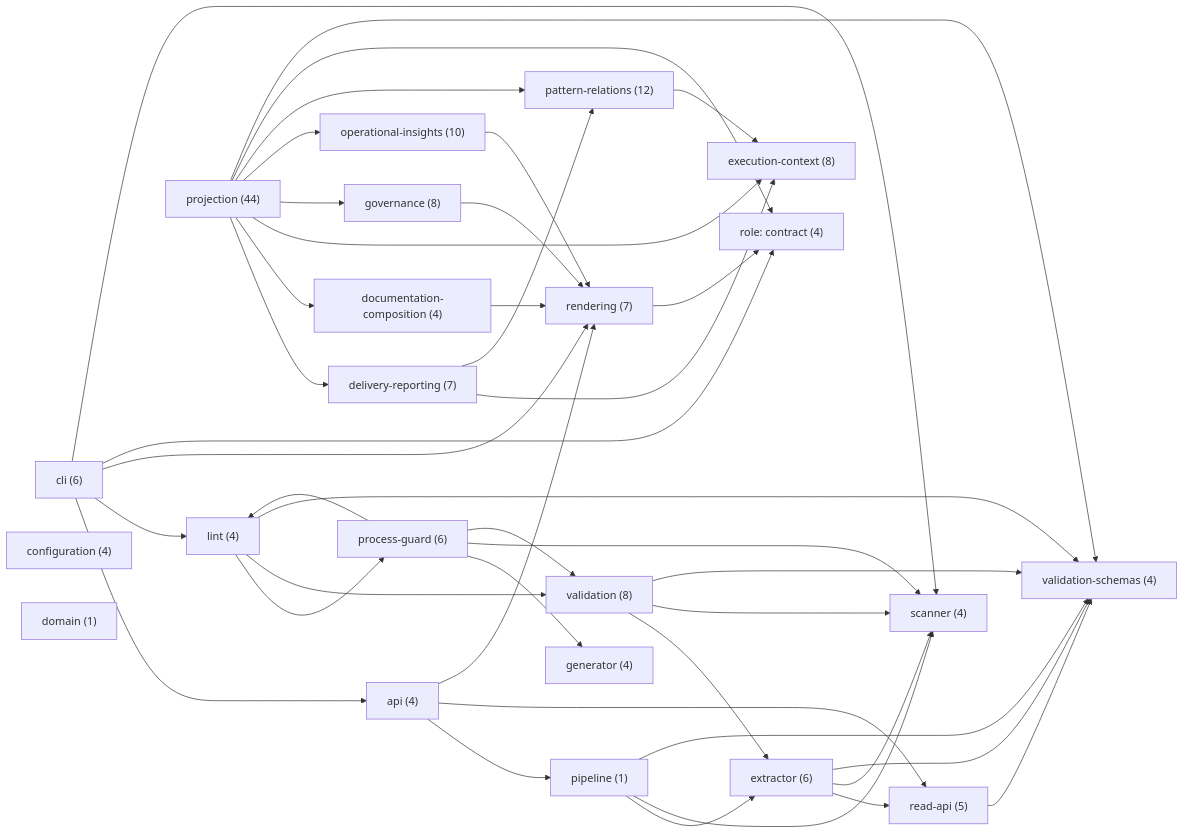
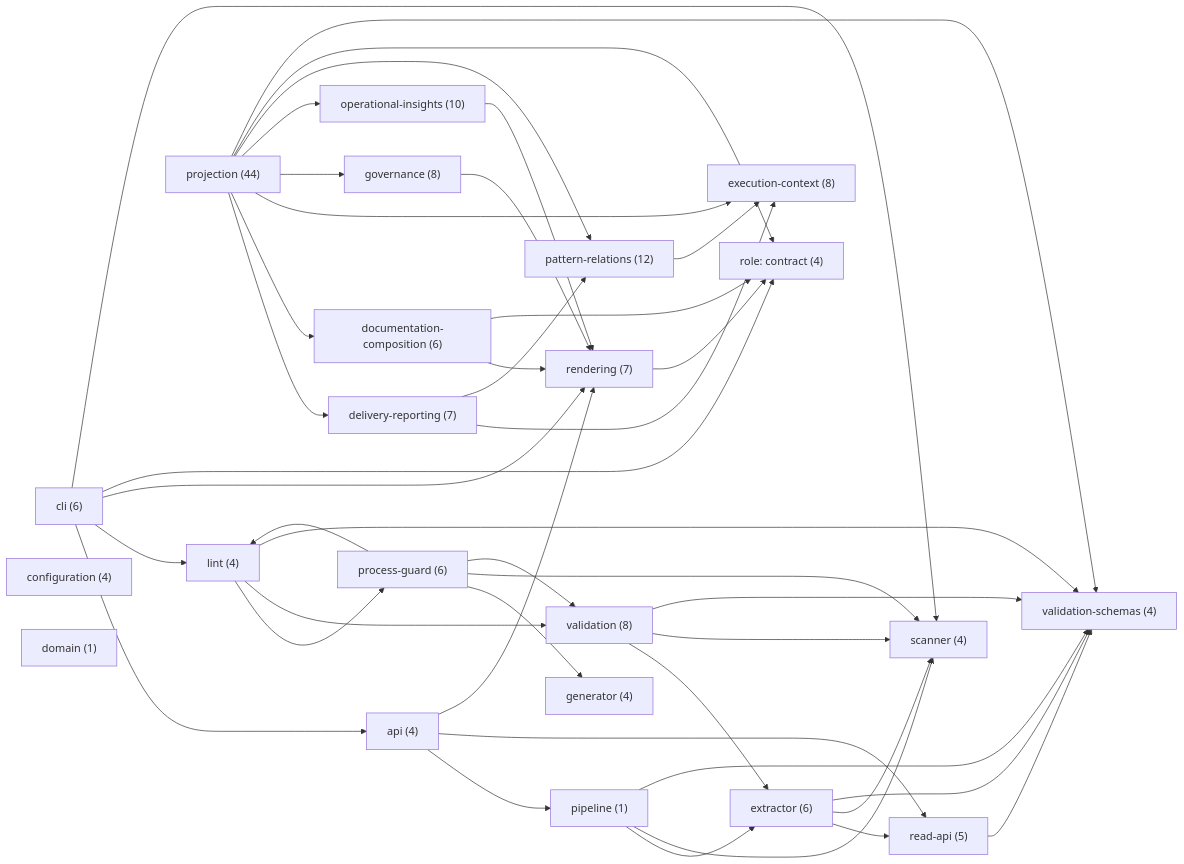
The first of 23 diagrams in docs-live/ARCHITECTURE.md (libar-dev/architect), drawn with Mermaid before and after one commit. The commit also changed other lines of this file and 97 other files, not shown here.

First line of the commit message:
feat(projection): add @architect-shape API-reference tier (WS-7)

````diff
--- a/docs-live/ARCHITECTURE.md
+++ b/docs-live/ARCHITECTURE.md
@@ -23,65 +23,66 @@
 ```mermaid
 graph LR
   api["api (4)"]
   cli["cli (6)"]
   configuration["configuration (4)"]
   delivery_reporting["delivery-reporting (7)"]
-  documentation_composition["documentation-composition (4)"]
+  documentation_composition["documentation-composition (6)"]
   domain["domain (1)"]
   execution_context["execution-context (8)"]
   extractor["extractor (6)"]
   generator["generator (4)"]
   governance["governance (8)"]
   lint["lint (4)"]
   operational_insights["operational-insights (10)"]
   pattern_relations["pattern-relations (12)"]
   pipeline["pipeline (1)"]
   process_guard["process-guard (6)"]
   projection["projection (44)"]
   read_api["read-api (5)"]
   rendering["rendering (7)"]
   scanner["scanner (4)"]
   validation["validation (8)"]
   validation_schemas["validation-schemas (4)"]
   role_contract["role: contract (4)"]
   api --> pipeline
   api --> read_api
   api --> rendering
   cli --> api
   cli --> lint
   cli --> rendering
   cli --> role_contract
   cli --> scanner
   delivery_reporting --> execution_context
   delivery_reporting --> pattern_relations
   documentation_composition --> rendering
+  documentation_composition --> role_contract
   extractor --> read_api
   extractor --> scanner
   extractor --> validation_schemas
   governance --> rendering
   lint --> process_guard
   lint --> validation
   lint --> validation_schemas
   operational_insights --> rendering
   pattern_relations --> execution_context
   pipeline --> extractor
   pipeline --> scanner
   pipeline --> validation_schemas
   process_guard --> generator
   process_guard --> lint
   process_guard --> scanner
   process_guard --> validation
   projection --> delivery_reporting
   projection --> documentation_composition
   projection --> execution_context
   projection --> governance
   projection --> operational_insights
   projection --> pattern_relations
   projection --> role_contract
   projection --> validation_schemas
   read_api --> validation_schemas
   rendering --> role_contract
   validation --> extractor
   validation --> scanner
   validation --> validation_schemas
 ```
````
